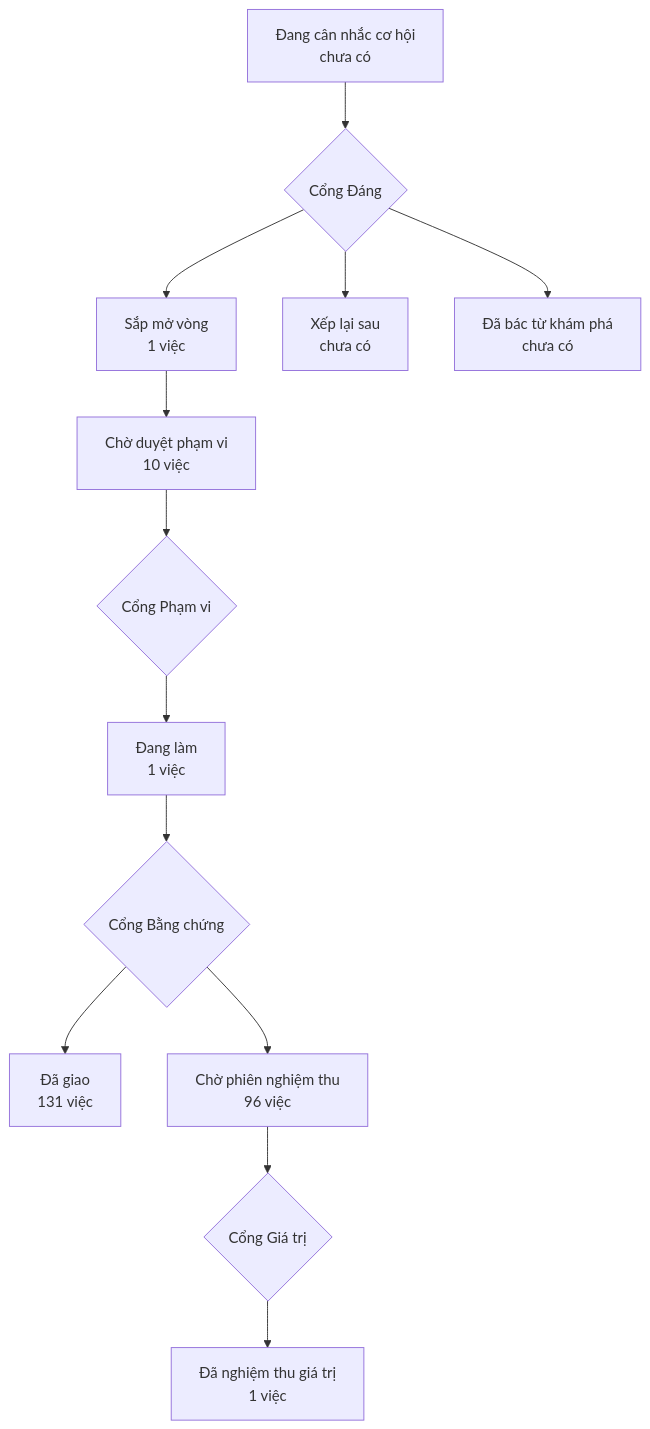
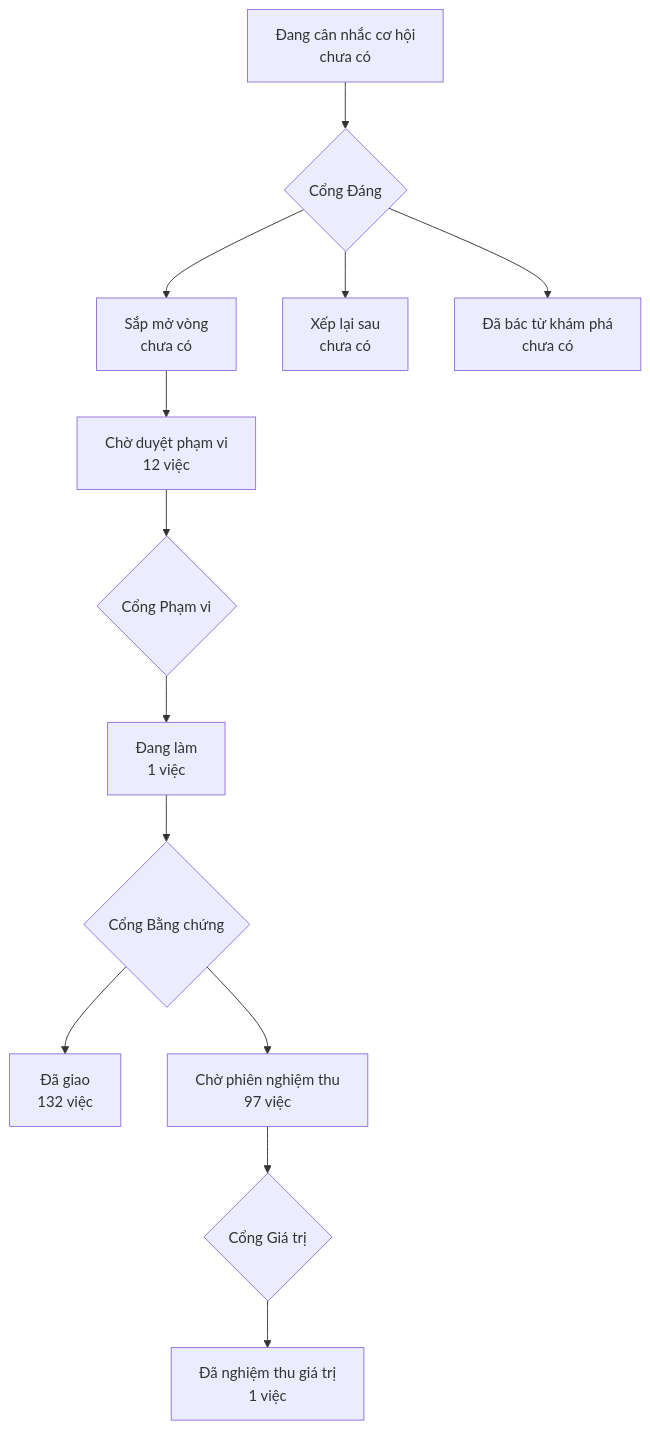
The diagram in PRODUCT-MAP.md (phanlemanh/onehub-invest), drawn with Mermaid before and after one commit. The commit also changed other lines of this file and 6 other files, not shown here.

````diff
--- a/PRODUCT-MAP.md
+++ b/PRODUCT-MAP.md
@@ -7,12 +7,12 @@
 ```mermaid
 flowchart TD
   A["Đang cân nhắc cơ hội<br/>chưa có"] --> GD{"Cổng Đáng"}
-  GD --> B["Sắp mở vòng<br/>1 việc"]
+  GD --> B["Sắp mở vòng<br/>chưa có"]
   GD --> XL["Xếp lại sau<br/>chưa có"]
   GD --> DB["Đã bác từ khám phá<br/>chưa có"]
-  B --> CD["Chờ duyệt phạm vi<br/>10 việc"] --> GP{"Cổng Phạm vi"}
+  B --> CD["Chờ duyệt phạm vi<br/>12 việc"] --> GP{"Cổng Phạm vi"}
   GP --> DL["Đang làm<br/>1 việc"] --> GB{"Cổng Bằng chứng"}
-  GB --> DG["Đã giao<br/>131 việc"]
-  GB --> CN["Chờ phiên nghiệm thu<br/>96 việc"] --> GG{"Cổng Giá trị"}
+  GB --> DG["Đã giao<br/>132 việc"]
+  GB --> CN["Chờ phiên nghiệm thu<br/>97 việc"] --> GG{"Cổng Giá trị"}
   GG --> NT["Đã nghiệm thu giá trị<br/>1 việc"]
 ```
````
